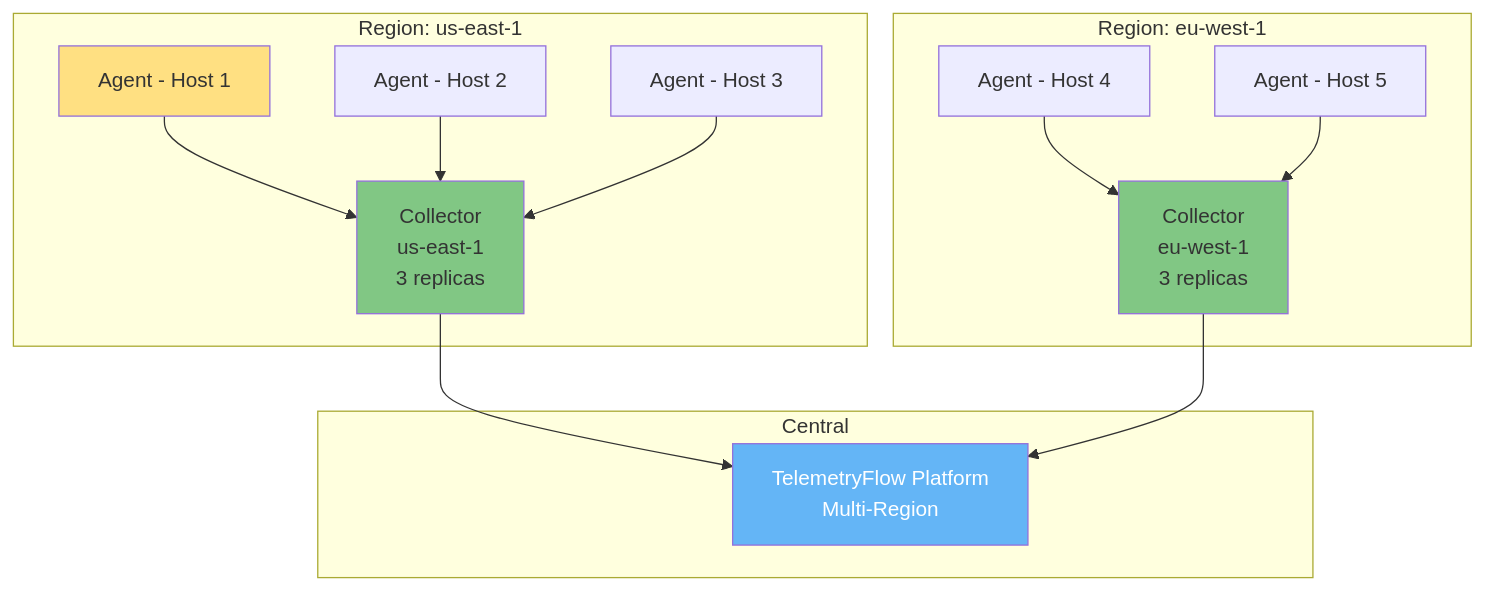
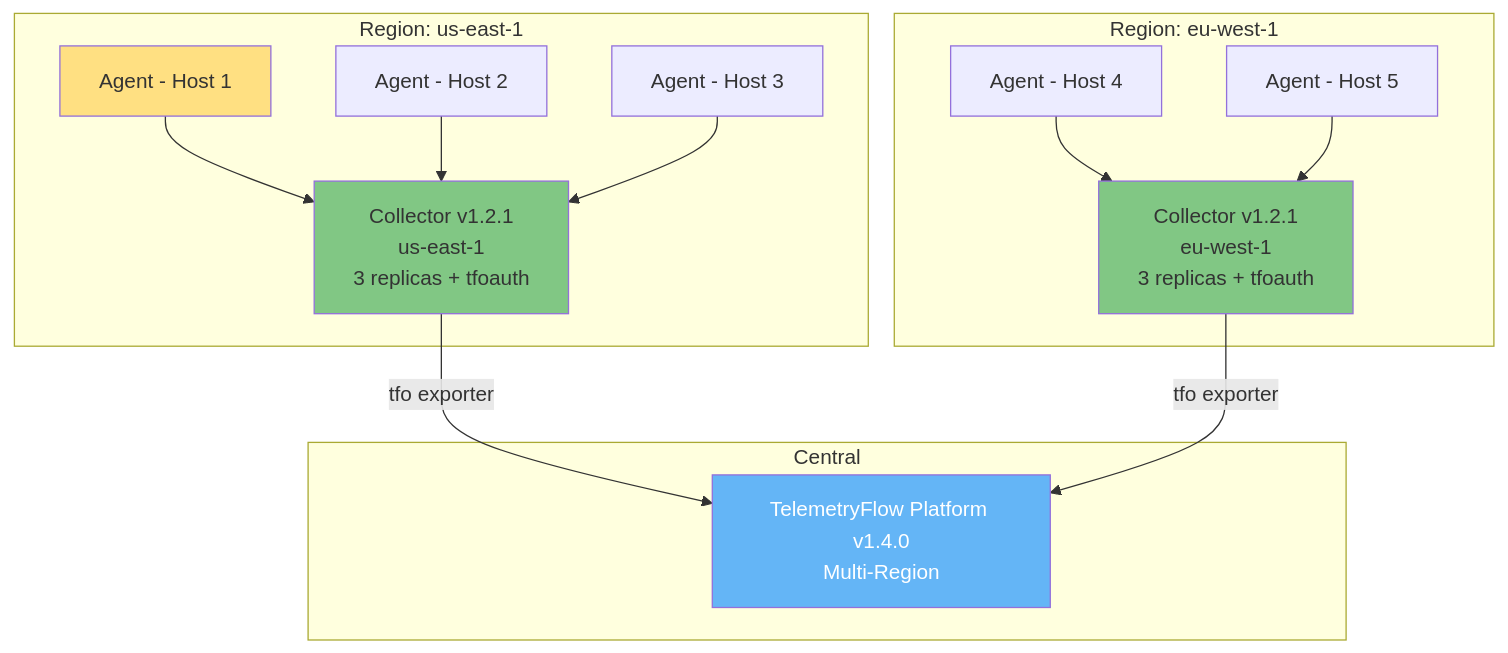
One commit to telemetryflow/telemetryflow-overview changed the ninth of 12 diagrams in tfo-otel/ARCHITECTURE.md. Above: the diagram before and after it, drawn with Mermaid. The commit also changed other lines of this file and 68 other files, not shown here.

Commit message:
feat: TFO Overview Update, TFO Platform v1.4.0

````diff
--- a/tfo-otel/ARCHITECTURE.md
+++ b/tfo-otel/ARCHITECTURE.md
@@ -491,29 +450,29 @@
 ```mermaid
 graph TB
     subgraph "Region: us-east-1"
         AGENT1[Agent - Host 1]
         AGENT2[Agent - Host 2]
         AGENT3[Agent - Host 3]
-        COLL_EAST[Collector<br/>us-east-1<br/>3 replicas]
+        COLL_EAST[Collector v1.2.1<br/>us-east-1<br/>3 replicas + tfoauth]
     end
 
     subgraph "Region: eu-west-1"
         AGENT4[Agent - Host 4]
         AGENT5[Agent - Host 5]
-        COLL_EU[Collector<br/>eu-west-1<br/>3 replicas]
+        COLL_EU[Collector v1.2.1<br/>eu-west-1<br/>3 replicas + tfoauth]
     end
 
     subgraph "Central"
-        TFO[TelemetryFlow Platform<br/>Multi-Region]
+        TFO[TelemetryFlow Platform v1.4.0<br/>Multi-Region]
     end
 
     AGENT1 & AGENT2 & AGENT3 --> COLL_EAST
     AGENT4 & AGENT5 --> COLL_EU
-    COLL_EAST --> TFO
-    COLL_EU --> TFO
+    COLL_EAST -->|tfo exporter| TFO
+    COLL_EU -->|tfo exporter| TFO
 
     style AGENT1 fill:#FFE082
     style COLL_EAST fill:#81C784
     style COLL_EU fill:#81C784
     style TFO fill:#64B5F6,color:#fff
 ```
````
